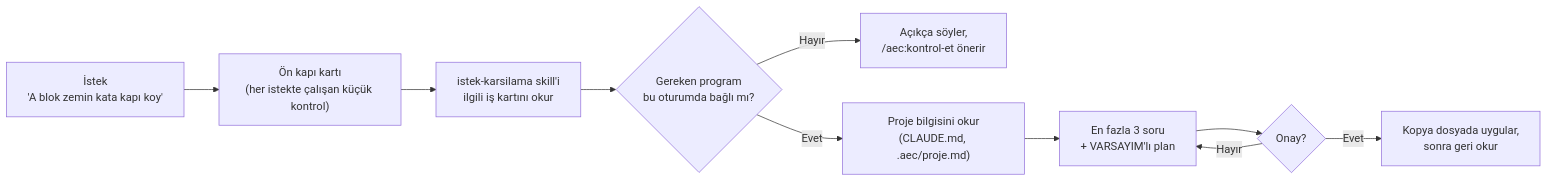
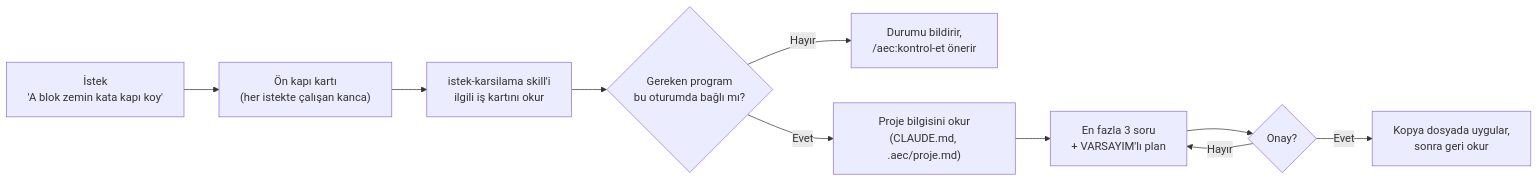
Before and after one commit to modularbelen-del/aec-harness: the diagram in README.md, drawn with Mermaid. The commit also changed other lines of this file and 24 other files, not shown here.

````diff
--- a/README.md
+++ b/README.md
@@ -39,12 +41,12 @@
 ```mermaid
 flowchart LR
-    A["İstek<br/>'A blok zemin kata kapı koy'"] --> B["Ön kapı kartı<br/>(her istekte çalışan küçük kontrol)"]
+    A["İstek<br/>'A blok zemin kata kapı koy'"] --> B["Ön kapı kartı<br/>(her istekte çalışan kanca)"]
     B --> C["istek-karsilama skill'i<br/>ilgili iş kartını okur"]
     C --> D{"Gereken program<br/>bu oturumda bağlı mı?"}
-    D -- Hayır --> E["Açıkça söyler,<br/>/aec:kontrol-et önerir"]
+    D -- Hayır --> E["Durumu bildirir,<br/>/aec:kontrol-et önerir"]
     D -- Evet --> F["Proje bilgisini okur<br/>(CLAUDE.md, .aec/proje.md)"]
     F --> G["En fazla 3 soru<br/>+ VARSAYIM'lı plan"]
     G --> H{"Onay?"}
     H -- Evet --> I["Kopya dosyada uygular,<br/>sonra geri okur"]
     H -- Hayır --> G
 ```
````
